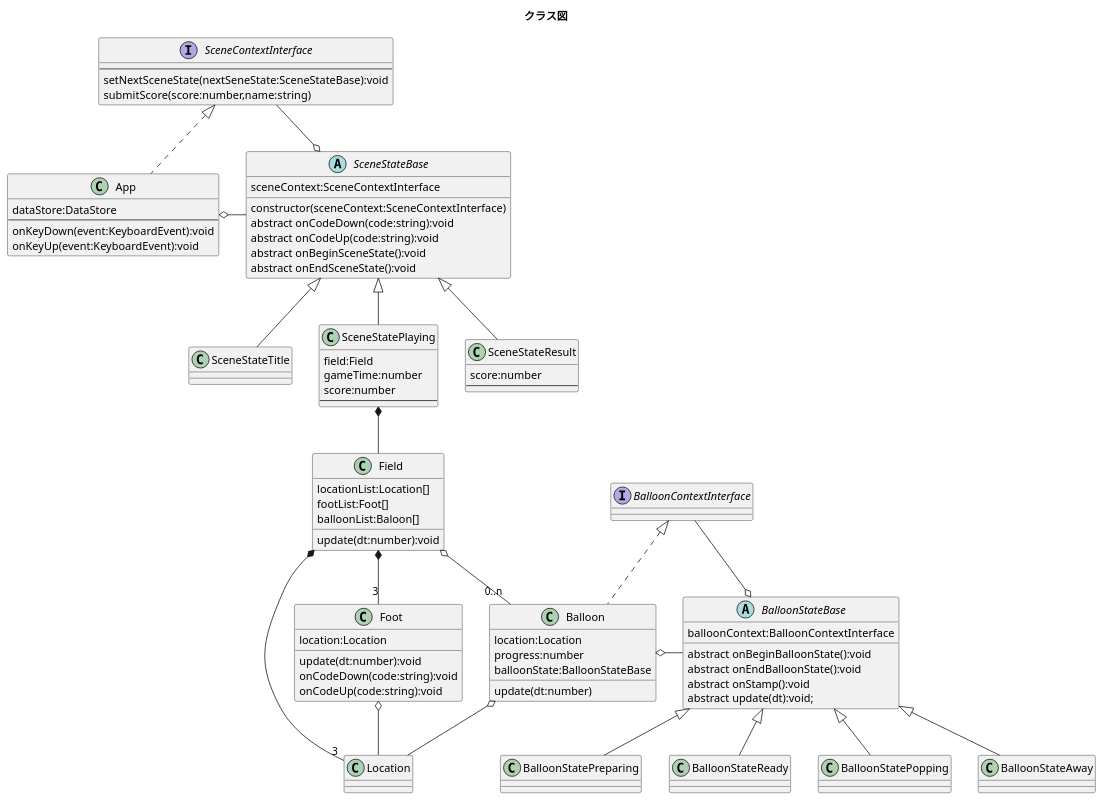
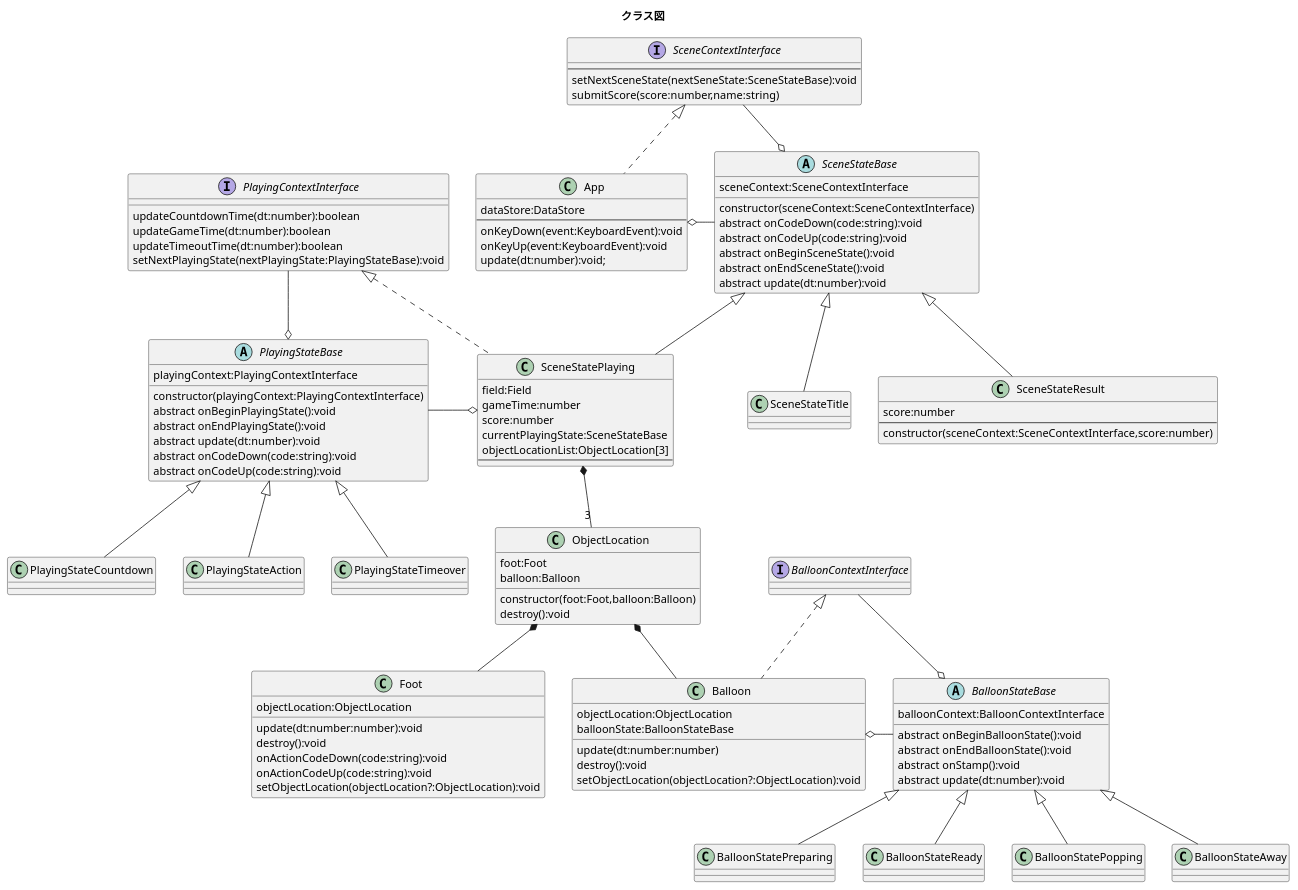
The diagram in uml/class-diagram.puml (novogrammer/balloon-popping-game), drawn with PlantUML before and after one commit. The commit also changed 20 other files, not shown here.

```diff
--- a/uml/class-diagram.puml
+++ b/uml/class-diagram.puml
@@ -1,115 +1,143 @@
 @startuml クラス図
 title クラス図
 
 abstract class BalloonStateBase{
   balloonContext:BalloonContextInterface
   abstract onBeginBalloonState():void
   abstract onEndBalloonState():void
   abstract onStamp():void
-  abstract update(dt):void;
+  abstract update(dt:number):void
 }
 class BalloonStatePreparing extends BalloonStateBase{
 
 }
 class BalloonStateReady extends BalloonStateBase{
 
 }
 class BalloonStatePopping extends BalloonStateBase{
 
 }
 class BalloonStateAway extends BalloonStateBase{
 
 }
 
 
 interface BalloonContextInterface{
 
 }
 
 
 
-class Location{
+class ObjectLocation{
+  foot:Foot
+  balloon:Balloon
+  constructor(foot:Foot,balloon:Balloon)
+  destroy():void
+}
+
+class Foot{
+  objectLocation:ObjectLocation
+  update(dt:number:number):void
+  destroy():void
+  onActionCodeDown(code:string):void
+  onActionCodeUp(code:string):void
+  setObjectLocation(objectLocation?:ObjectLocation):void
+}
+
+class Balloon implements BalloonContextInterface{
+  objectLocation:ObjectLocation
+  balloonState:BalloonStateBase
+
+  update(dt:number:number)
+  destroy():void
+  setObjectLocation(objectLocation?:ObjectLocation):void
+}
+
+abstract class PlayingStateBase{
+  playingContext:PlayingContextInterface
+
+  constructor(playingContext:PlayingContextInterface)
+  abstract onBeginPlayingState():void
+  abstract onEndPlayingState():void
+  abstract update(dt:number):void
+  abstract onCodeDown(code:string):void
+  abstract onCodeUp(code:string):void
+}
+
+class PlayingStateCountdown extends PlayingStateBase{
+
+}
+class PlayingStateAction extends PlayingStateBase{
 
 }
 
-class Foot{
-  location:Location
-  update(dt:number):void
-  onCodeDown(code:string):void
-  onCodeUp(code:string):void
+class PlayingStateTimeover extends PlayingStateBase{
+
 }
 
-class Balloon implements BalloonContextInterface{
-  location:Location
-  progress:number
-  balloonState:BalloonStateBase
-
-  update(dt:number)
+interface PlayingContextInterface{
+  updateCountdownTime(dt:number):boolean
+  updateGameTime(dt:number):boolean
+  updateTimeoutTime(dt:number):boolean
+  setNextPlayingState(nextPlayingState:PlayingStateBase):void
 }
-
-class Field{
-  locationList:Location[]
-  footList:Foot[]
-  balloonList:Baloon[]
-
-  update(dt:number):void
-}
-
 
 abstract class SceneStateBase{
   sceneContext:SceneContextInterface
 
   constructor(sceneContext:SceneContextInterface)
   abstract onCodeDown(code:string):void
   abstract onCodeUp(code:string):void
   abstract onBeginSceneState():void
   abstract onEndSceneState():void
+  abstract update(dt:number):void
 }
 
 class SceneStateTitle extends SceneStateBase{
 }
-class SceneStatePlaying extends SceneStateBase{
+class SceneStatePlaying extends SceneStateBase implements PlayingContextInterface{
   field:Field
   gameTime:number
   score:number
+  currentPlayingState:SceneStateBase
+  objectLocationList:ObjectLocation[3]
   --
 }
 class SceneStateResult extends SceneStateBase{
   score:number
   --
+  constructor(sceneContext:SceneContextInterface,score:number)
 }
 
 
 interface SceneContextInterface{
   --
   setNextSceneState(nextSeneState:SceneStateBase):void
   submitScore(score:number,name:string)
 }
 
 class App implements SceneContextInterface{
   dataStore:DataStore
   --
   onKeyDown(event:KeyboardEvent):void
   onKeyUp(event:KeyboardEvent):void
+  update(dt:number):void;
 }
 
 
 SceneStateBase o-up- SceneContextInterface
 App o-right- SceneStateBase
 
-SceneStatePlaying *-- Field
-
-
-Field *-- "3" Foot
-Field *-- "3" Location
-Field o-- "0..n" Balloon
-
-
-Foot o-- Location
-Balloon o-- Location
+SceneStatePlaying *-- "3" ObjectLocation
+ObjectLocation *-- Foot
+ObjectLocation *-- Balloon
 
 
 BalloonStateBase o-up- BalloonContextInterface
 Balloon o-right- BalloonStateBase
 
+
+PlayingStateBase o-up- PlayingContextInterface
+SceneStatePlaying o-left- PlayingStateBase
+
 @enduml
```
